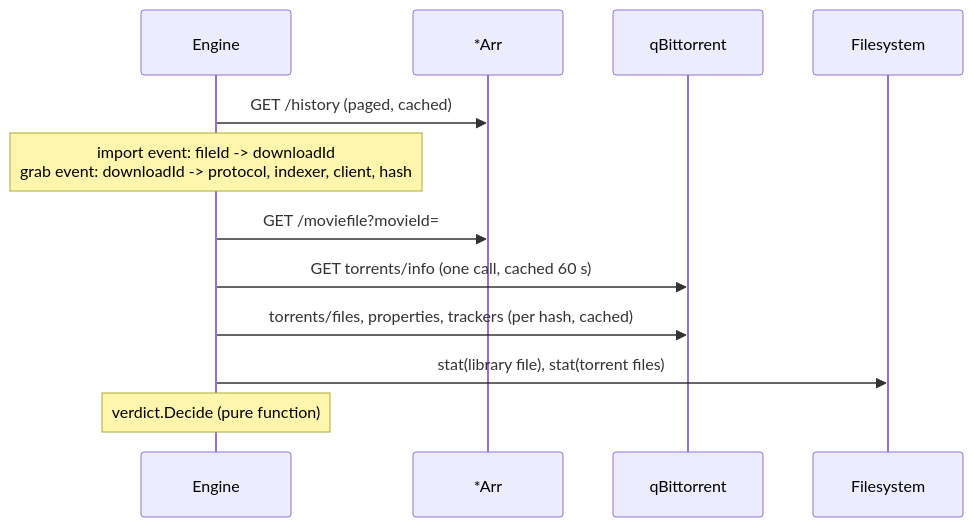
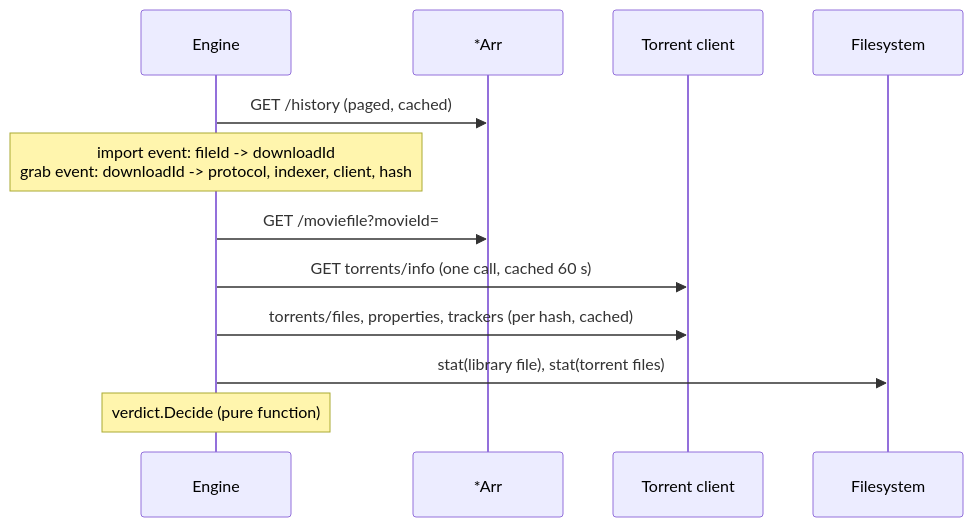
Before and after one commit to fishingpvalues/airrbag: the second of 2 diagrams in docs/DESIGN.md, drawn with Mermaid. The commit also changed other lines of this file and 28 other files, not shown here.

````diff
--- a/docs/DESIGN.md
+++ b/docs/DESIGN.md
@@ -31,14 +31,14 @@
 ```mermaid
 sequenceDiagram
   participant E as Engine
   participant A as *Arr
-  participant Q as qBittorrent
+  participant Q as Torrent client
   participant F as Filesystem
   E->>A: GET /history (paged, cached)
   Note over E: import event: fileId -> downloadId<br/>grab event: downloadId -> protocol, indexer, client, hash
   E->>A: GET /moviefile?movieId=
   E->>Q: GET torrents/info (one call, cached 60 s)
   E->>Q: torrents/files, properties, trackers (per hash, cached)
   E->>F: stat(library file), stat(torrent files)
   Note over E: verdict.Decide (pure function)
 ```
````
